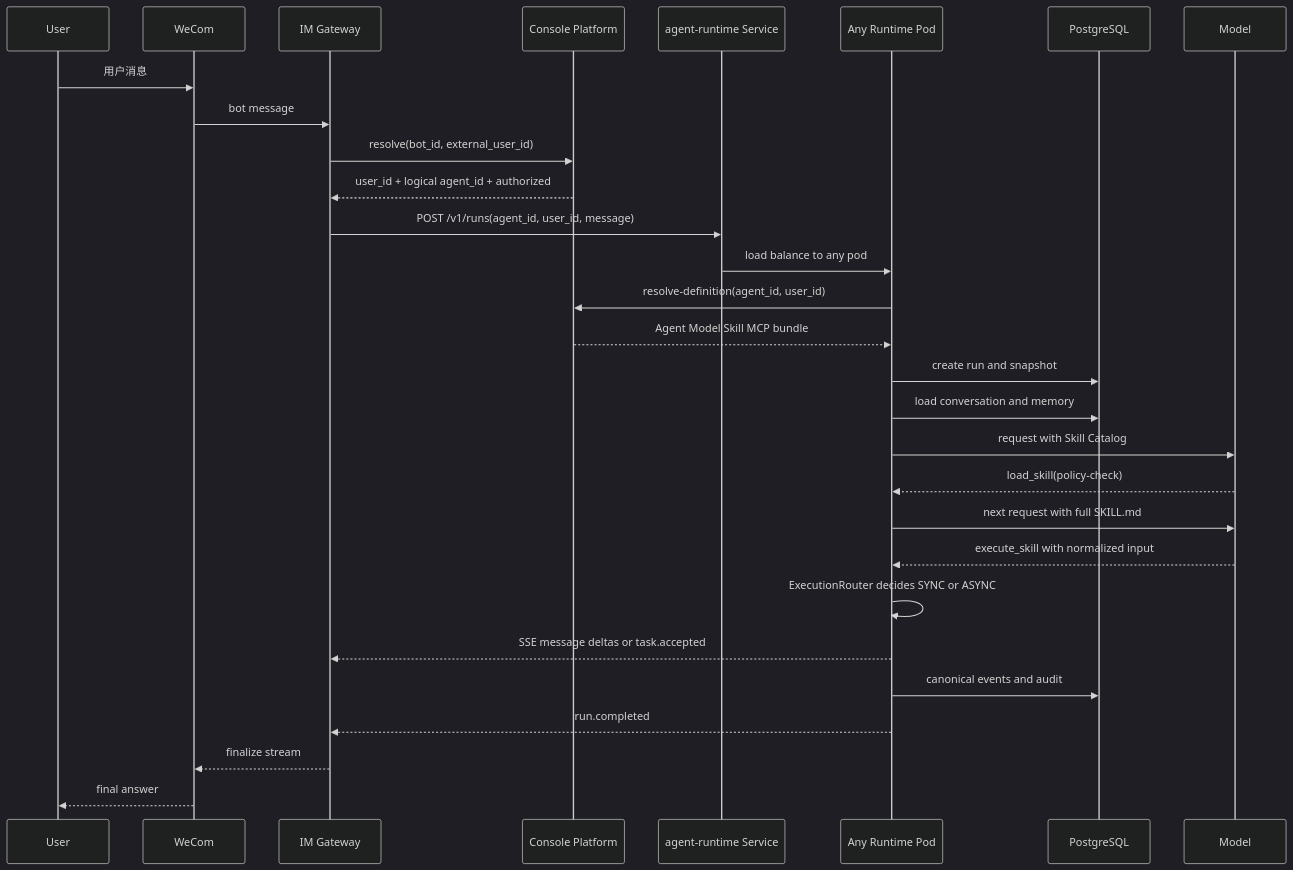
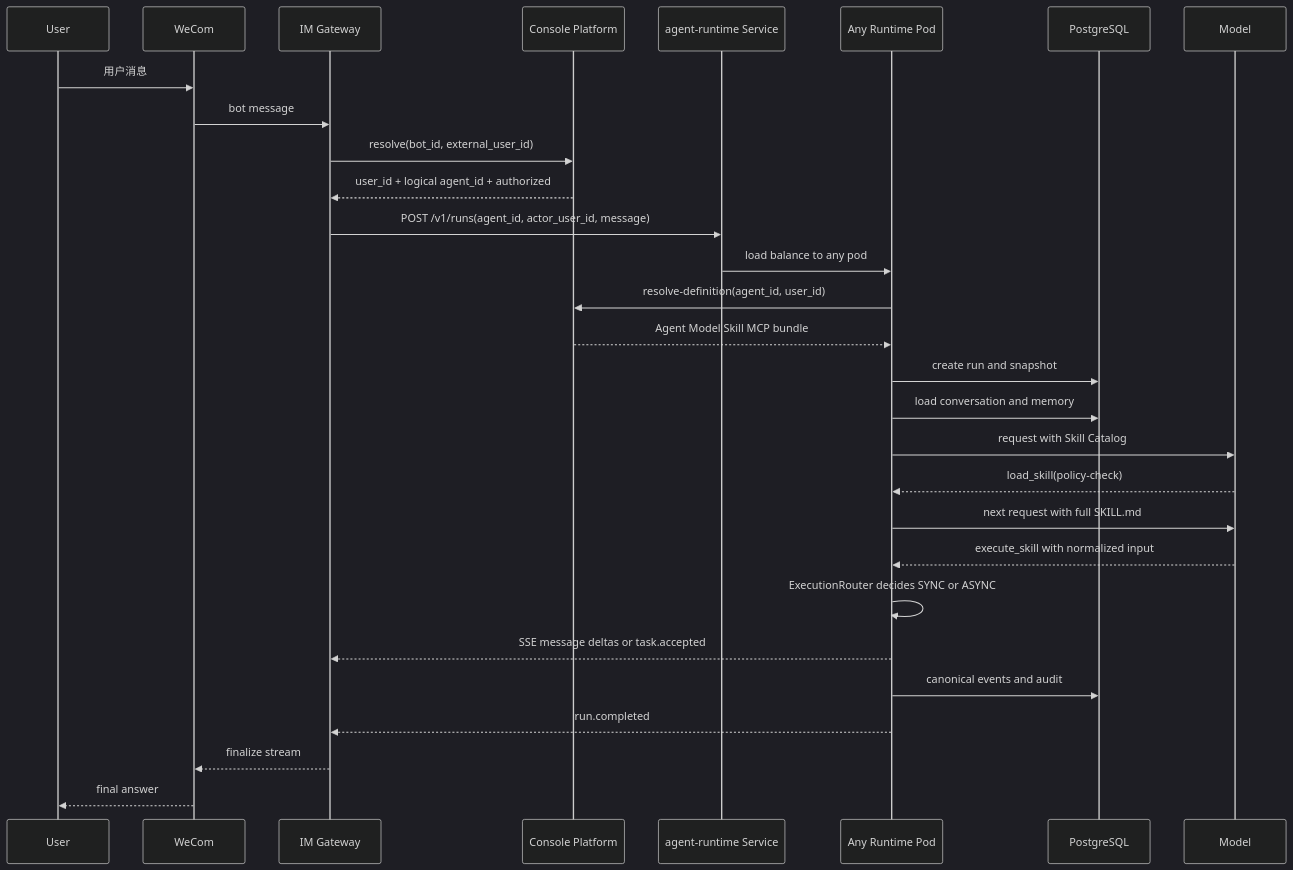
Before and after one commit to Michaelxwb/fluxion-harness: the second of 22 diagrams in docs/08-关键流程时序与状态机详细设计.md, drawn with Mermaid (dark theme). The commit also changed other lines of this file and 55 other files, not shown here.

````diff
--- a/docs/08-关键流程时序与状态机详细设计.md
+++ b/docs/08-关键流程时序与状态机详细设计.md
@@ -40,32 +40,32 @@
 ```mermaid
 sequenceDiagram
     participant U as User
     participant WC as WeCom
     participant IG as IM Gateway
     participant CP as Console Platform
     participant RS as agent-runtime Service
     participant AR as Any Runtime Pod
     participant PG as PostgreSQL
     participant LLM as Model
 
     U->>WC: 用户消息
     WC->>IG: bot message
     IG->>CP: resolve(bot_id, external_user_id)
     CP-->>IG: user_id + logical agent_id + authorized
-    IG->>RS: POST /v1/runs(agent_id, user_id, message)
+    IG->>RS: POST /v1/runs(agent_id, actor_user_id, message)
     RS->>AR: load balance to any pod
     AR->>CP: resolve-definition(agent_id, user_id)
     CP-->>AR: Agent Model Skill MCP bundle
     AR->>PG: create run and snapshot
     AR->>PG: load conversation and memory
     AR->>LLM: request with Skill Catalog
     LLM-->>AR: load_skill(policy-check)
     AR->>LLM: next request with full SKILL.md
     LLM-->>AR: execute_skill with normalized input
     AR->>AR: ExecutionRouter decides SYNC or ASYNC
     AR-->>IG: SSE message deltas or task.accepted
     AR->>PG: canonical events and audit
     AR-->>IG: run.completed
     IG-->>WC: finalize stream
     WC-->>U: final answer
 ```
````
